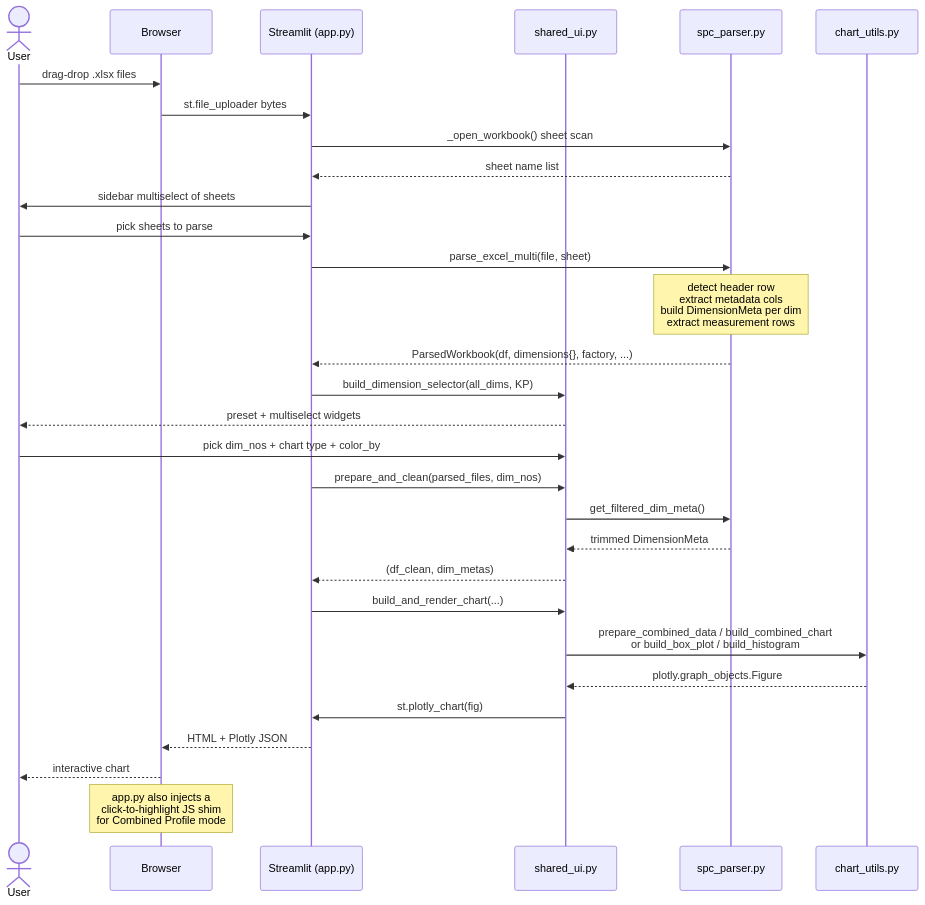
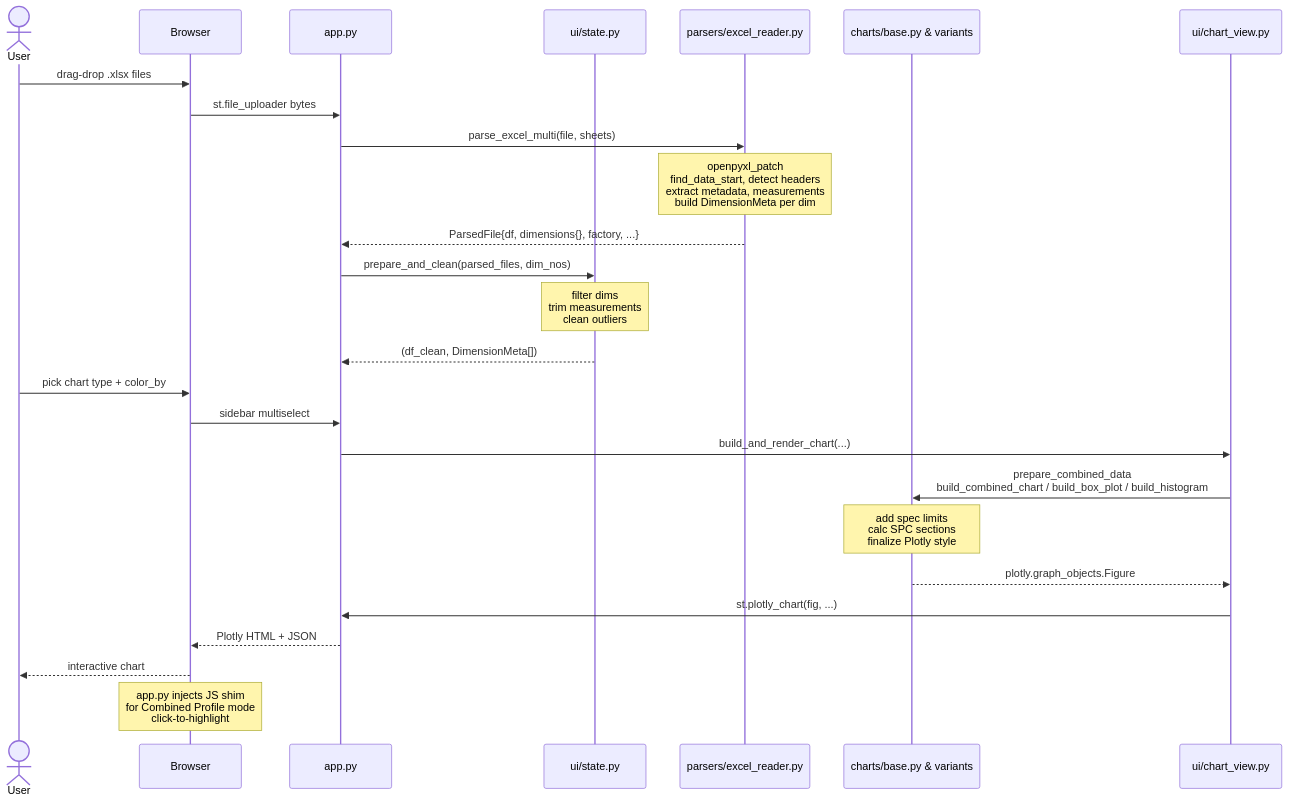
Before and after one commit to stanleyfeng1122-ui/spc-data-visualization: the second of 2 diagrams in docs/02-architecture.md, drawn with Mermaid. The commit also changed other lines of this file, not shown here.

First line of the commit message:
docs(F2): update architecture doc to reflect Phase 1 layout

````diff
--- a/docs/02-architecture.md
+++ b/docs/02-architecture.md
@@ -84,37 +134,34 @@
 ```mermaid
 sequenceDiagram
     actor User
     participant Browser
-    participant Streamlit as Streamlit (app.py)
-    participant SharedUI as shared_ui.py
-    participant Parser as spc_parser.py
-    participant Charts as chart_utils.py
+    participant Streamlit as app.py
+    participant State as ui/state.py
+    participant Parser as parsers/excel_reader.py
+    participant Charts as charts/base.py & variants
+    participant UI as ui/chart_view.py
 
     User->>Browser: drag-drop .xlsx files
     Browser->>Streamlit: st.file_uploader bytes
-    Streamlit->>Parser: _open_workbook() sheet scan
-    Parser-->>Streamlit: sheet name list
-    Streamlit->>User: sidebar multiselect of sheets
 
-    User->>Streamlit: pick sheets to parse
-    Streamlit->>Parser: parse_excel_multi(file, sheet)
-    Note over Parser: detect header row<br/>extract metadata cols<br/>build DimensionMeta per dim<br/>extract measurement rows
-    Parser-->>Streamlit: ParsedWorkbook(df, dimensions{}, factory, ...)
+    Streamlit->>Parser: parse_excel_multi(file, sheets)
+    Note over Parser: openpyxl_patch<br/>find_data_start, detect headers<br/>extract metadata, measurements<br/>build DimensionMeta per dim
+    Parser-->>Streamlit: ParsedFile{df, dimensions{}, factory, ...}
 
-    Streamlit->>SharedUI: build_dimension_selector(all_dims, KP)
-    SharedUI-->>User: preset + multiselect widgets
-    User->>SharedUI: pick dim_nos + chart type + color_by
+    Streamlit->>State: prepare_and_clean(parsed_files, dim_nos)
+    Note over State: filter dims<br/>trim measurements<br/>clean outliers
+    State-->>Streamlit: (df_clean, DimensionMeta[])
 
-    Streamlit->>SharedUI: prepare_and_clean(parsed_files, dim_nos)
-    SharedUI->>Parser: get_filtered_dim_meta()
-    Parser-->>SharedUI: trimmed DimensionMeta
-    SharedUI-->>Streamlit: (df_clean, dim_metas)
+    User->>Browser: pick chart type + color_by
+    Browser->>Streamlit: sidebar multiselect
 
-    Streamlit->>SharedUI: build_and_render_chart(...)
-    SharedUI->>Charts: prepare_combined_data / build_combined_chart<br/>or build_box_plot / build_histogram
-    Charts-->>SharedUI: plotly.graph_objects.Figure
-    SharedUI->>Streamlit: st.plotly_chart(fig)
-    Streamlit-->>Browser: HTML + Plotly JSON
+    Streamlit->>UI: build_and_render_chart(...)
+    UI->>Charts: prepare_combined_data<br/>build_combined_chart / build_box_plot / build_histogram
+    Note over Charts: add spec limits<br/>calc SPC sections<br/>finalize Plotly style
+    Charts-->>UI: plotly.graph_objects.Figure
+    UI->>Streamlit: st.plotly_chart(fig, ...)
+    Streamlit-->>Browser: Plotly HTML + JSON
     Browser-->>User: interactive chart
-    Note over Browser: app.py also injects a<br/>click-to-highlight JS shim<br/>for Combined Profile mode
+
+    Note over Browser: app.py injects JS shim<br/>for Combined Profile mode<br/>click-to-highlight
 ```
````
